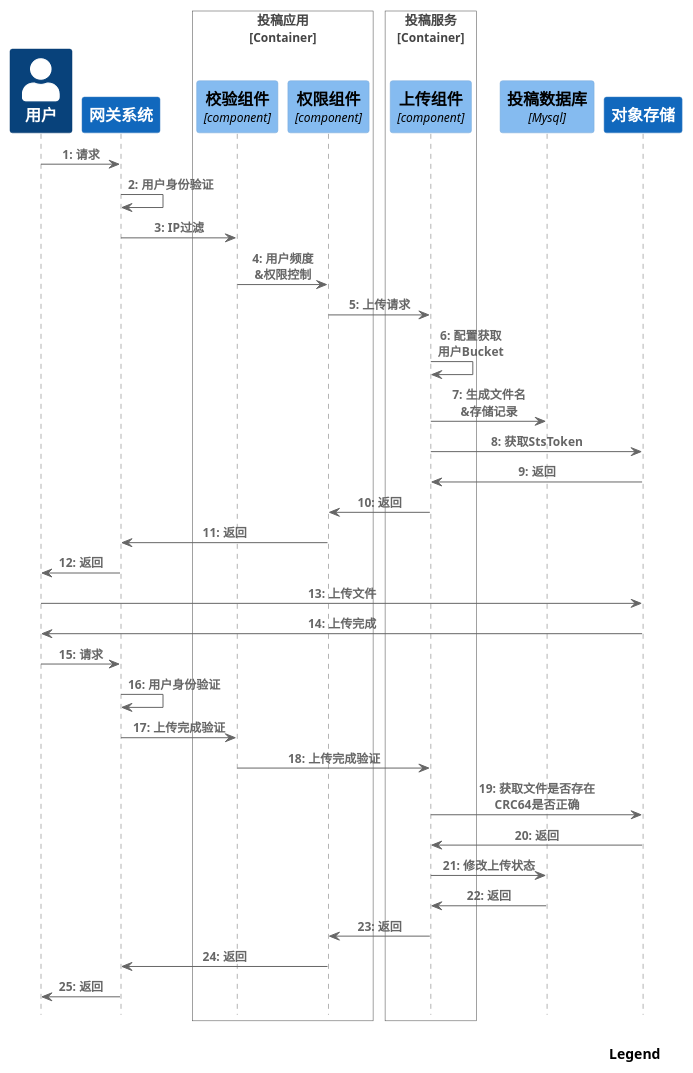
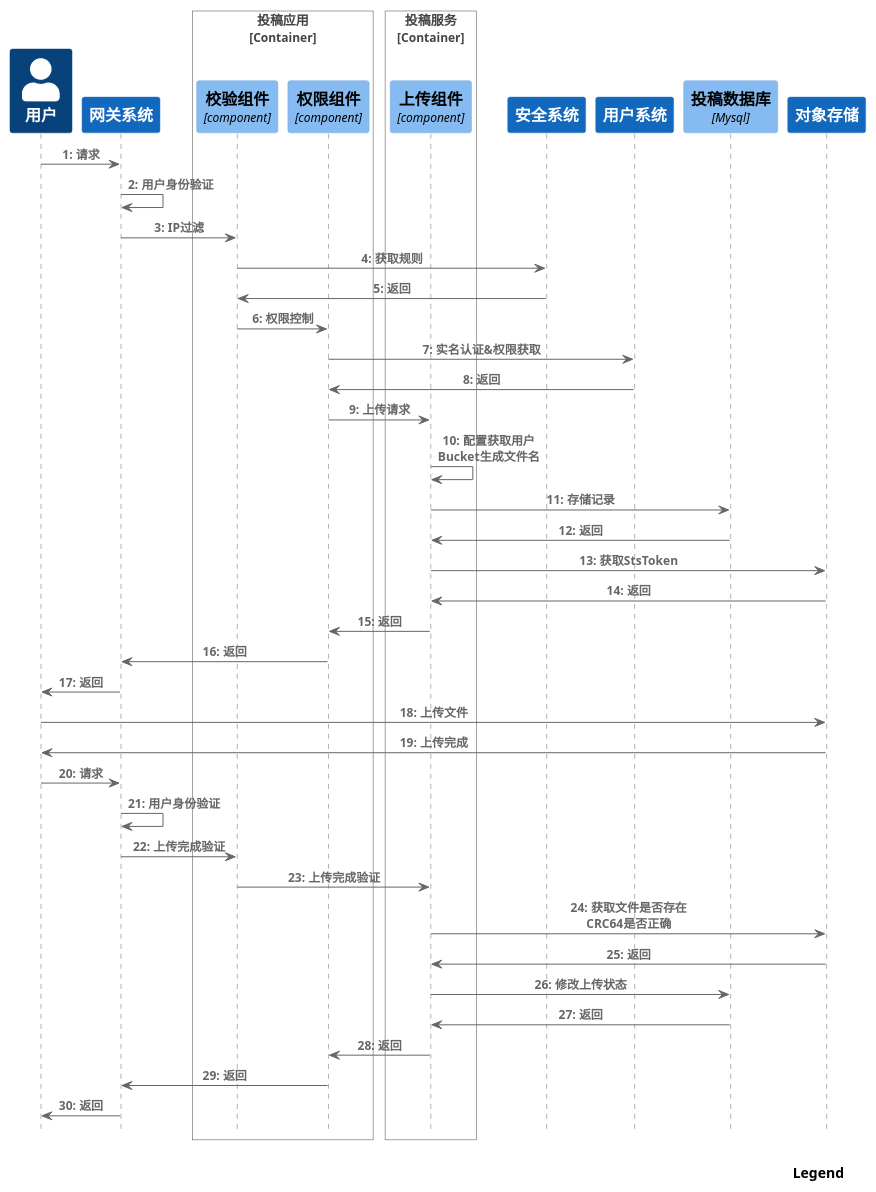
One commit to nxnnxn/community-doc changed the diagram in puml/content/content/upload/uploadseq.puml. Above: the diagram before and after it, drawn with PlantUML. The commit also changed 4 other files, not shown here.

```diff
--- a/puml/content/content/upload/uploadseq.puml
+++ b/puml/content/content/upload/uploadseq.puml
@@ -1,51 +1,59 @@
 @startuml
 !include <C4/C4_Sequence>
 SHOW_INDEX()
 SHOW_LEGEND()
 
 Person(user, "用户")
 System(gateway,"网关系统")
 
 Rel(user, gateway, "请求")
 Rel(gateway, gateway, "用户身份验证")
 
 Container_Boundary(postFacade, "投稿应用")
     Component(checkComponent, "校验组件", "component", "IP校验&安全检验")
     Component(authComponent, "权限组件", "component", "用户权限检验")
 Boundary_End()
 
 Container_Boundary(postService, "投稿服务")
     Component(uploadComponent, "上传组件", "component", "上传令牌服务")
-    Rel(gateway, checkComponent, "IP过滤")
-    Rel(checkComponent, authComponent, "用户频度\n&权限控制")
-    Rel(authComponent, uploadComponent, "上传请求")
-    Rel(uploadComponent, uploadComponent, "配置获取\n用户Bucket")
 Boundary_End()
+System(security,"安全系统")
+System(userSystem,"用户系统")
 ComponentDb(db, "投稿数据库", "Mysql")
-Rel(uploadComponent, db, "生成文件名\n&存储记录")
+
+Rel(gateway, checkComponent, "IP过滤")
+Rel(checkComponent, security, "获取规则")
+Rel(security,checkComponent, "返回")
+Rel(checkComponent, authComponent, "权限控制")
+Rel(authComponent, userSystem, "实名认证&权限获取")
+Rel(userSystem,authComponent, "返回")
+Rel(authComponent, uploadComponent, "上传请求")
+Rel(uploadComponent, uploadComponent, "配置获取用户\nBucket生成文件名")
+Rel(uploadComponent, db, "存储记录")
+Rel(db, uploadComponent, "返回")
 System(objectStorage, "对象存储")
 Rel(uploadComponent, objectStorage, "获取StsToken")
 Rel(objectStorage, uploadComponent, "返回")
 Rel(uploadComponent, authComponent, "返回")
 Rel(authComponent, gateway, "返回")
 Rel(gateway, user, "返回")
 Rel(user, objectStorage, "上传文件")
 Rel(objectStorage, user, "上传完成")
 Rel(user, gateway, "请求")
 Rel(gateway, gateway, "用户身份验证")
 Rel(gateway, checkComponent, "上传完成验证")
 Rel(checkComponent, uploadComponent, "上传完成验证")
 Rel(uploadComponent, objectStorage, "获取文件是否存在\nCRC64是否正确")
 Rel(objectStorage, uploadComponent, "返回")
 Rel(uploadComponent, db, "修改上传状态")
 Rel(db, uploadComponent, "返回")
 Rel(uploadComponent, authComponent, "返回")
 Rel(authComponent, gateway, "返回")
 Rel(gateway, user, "返回")
 
 
 
 
 
 
 @enduml
```
